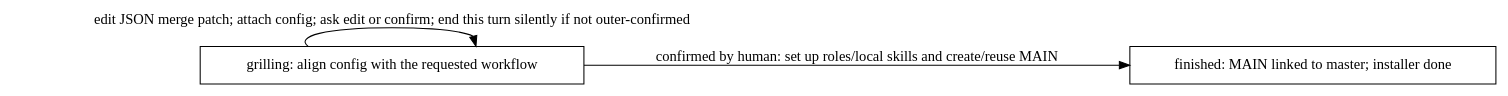
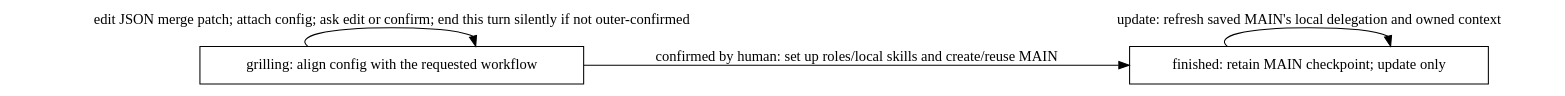
The first of 2 diagrams in docs/workflow.md (Winfred666/multica-featssship), drawn with Graphviz before and after one commit. The commit also changed other lines of this file and 4 other files, not shown here.

Commit message:
feat(install_sop): retain MAIN for repo-local updates

````diff
--- a/docs/workflow.md
+++ b/docs/workflow.md
@@ -5,9 +5,10 @@
 ```dot
 digraph installation {
   rankdir=LR; node [shape=box];
   grilling [label="grilling: align config with the requested workflow"];
-  finished [label="finished: MAIN linked to master; installer done"];
+  finished [label="finished: retain MAIN checkpoint; update only"];
   grilling -> grilling [label="edit JSON merge patch; attach config; ask edit or confirm; end this turn silently if not outer-confirmed"];
   grilling -> finished [label="confirmed by human: set up roles/local skills and create/reuse MAIN"];
+  finished -> finished [label="update: refresh saved MAIN's local delegation and owned context"];
 }
 ```
````
